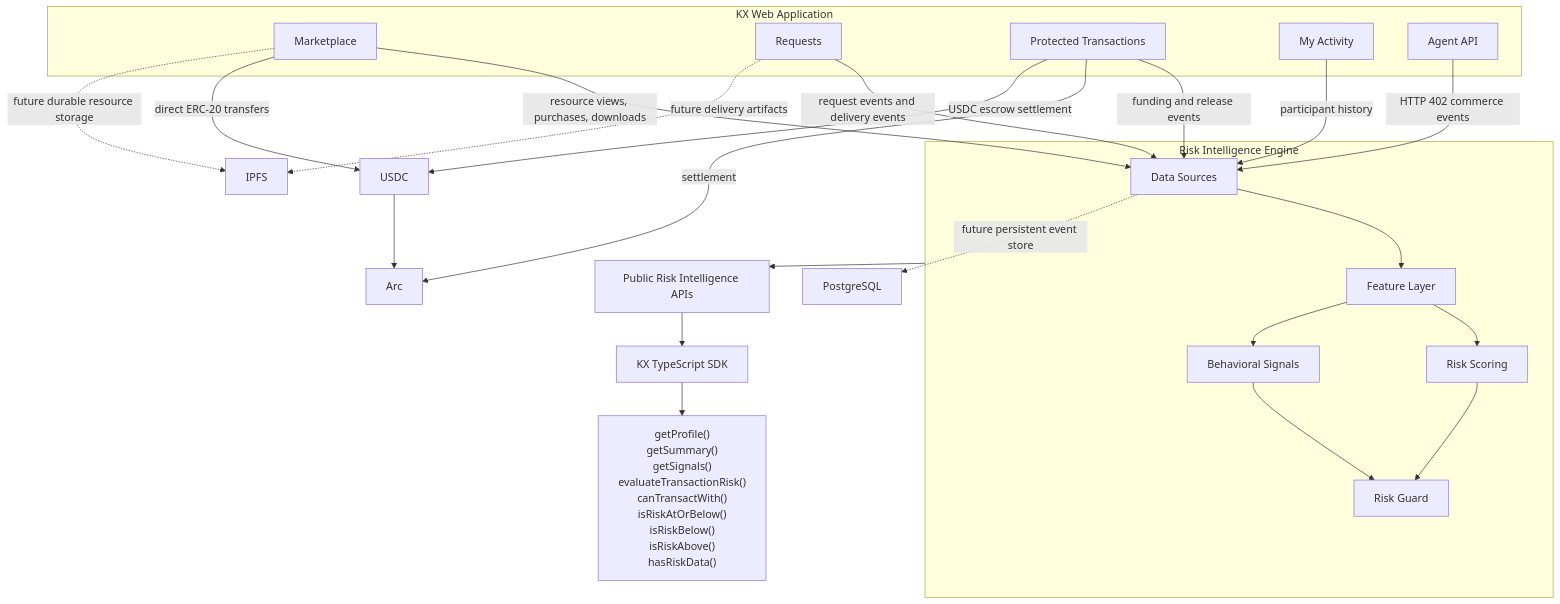
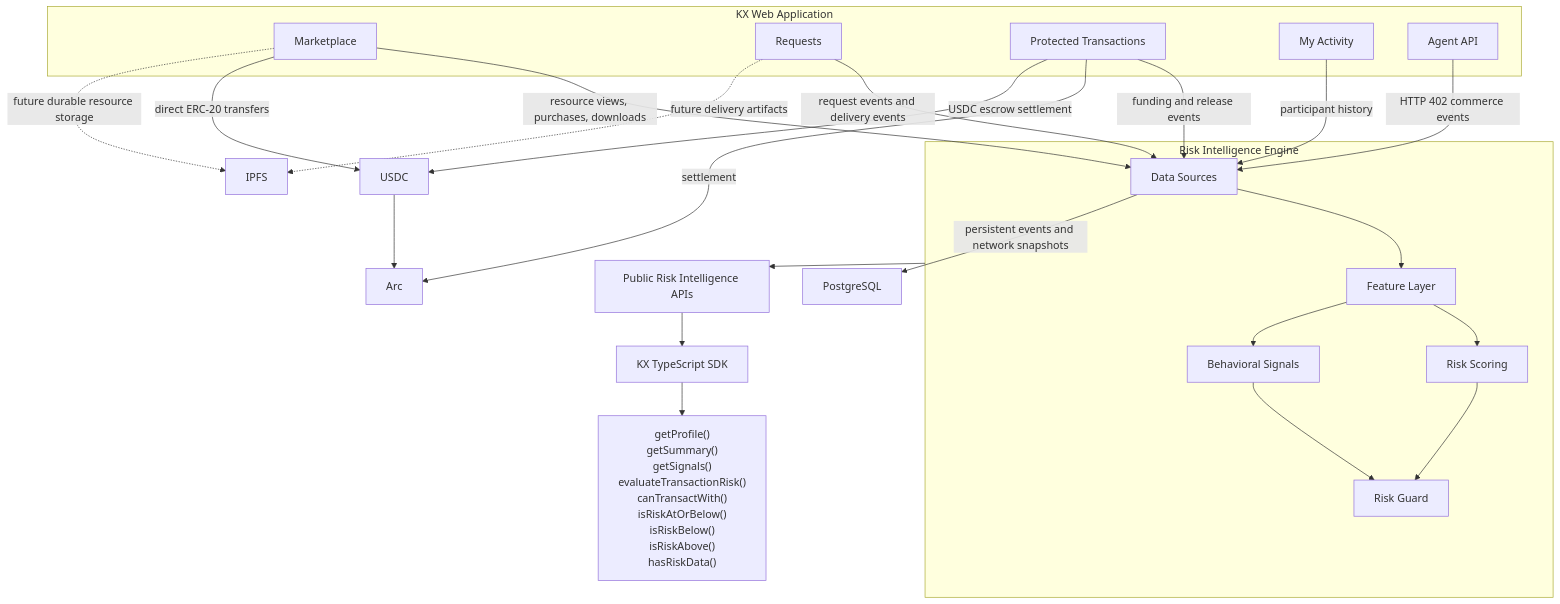
One commit to devivandroid/arc-knowledge-exchange changed the diagram in docs/architecture/component-diagram.md. Above: the diagram before and after it, drawn with Mermaid. The commit also changed 63 other files, not shown here.

````diff
--- a/docs/architecture/component-diagram.md
+++ b/docs/architecture/component-diagram.md
@@ -6,52 +6,52 @@
 ```mermaid
 flowchart TB
   subgraph web["KX Web Application"]
     marketplace["Marketplace"]
     requests["Requests"]
     protected["Protected Transactions"]
     activity["My Activity"]
     agentApi["Agent API"]
   end
 
   subgraph risk["Risk Intelligence Engine"]
     data["Data Sources"]
     features["Feature Layer"]
     scoring["Risk Scoring"]
     signals["Behavioral Signals"]
     guard["Risk Guard"]
   end
 
   publicApis["Public Risk Intelligence APIs"]
   sdk["KX TypeScript SDK"]
   sdkMethods["getProfile()\ngetSummary()\ngetSignals()\nevaluateTransactionRisk()\ncanTransactWith()\nisRiskAtOrBelow()\nisRiskBelow()\nisRiskAbove()\nhasRiskData()"]
 
   postgres["PostgreSQL"]
   ipfs["IPFS"]
   arc["Arc"]
   usdc["USDC"]
 
   marketplace -->|"resource views, purchases, downloads"| data
   requests -->|"request events and delivery events"| data
   protected -->|"funding and release events"| data
   activity -->|"participant history"| data
   agentApi -->|"HTTP 402 commerce events"| data
 
   data --> features
   features --> scoring
   features --> signals
   scoring --> guard
   signals --> guard
 
   risk --> publicApis
   publicApis --> sdk
   sdk --> sdkMethods
 
   protected -->|"settlement"| arc
   marketplace -->|"direct ERC-20 transfers"| usdc
   protected -->|"USDC escrow settlement"| usdc
   usdc --> arc
 
-  data -. "future persistent event store" .-> postgres
+  data -->|"persistent events and network snapshots"| postgres
   marketplace -. "future durable resource storage" .-> ipfs
   requests -. "future delivery artifacts" .-> ipfs
 ```
````
